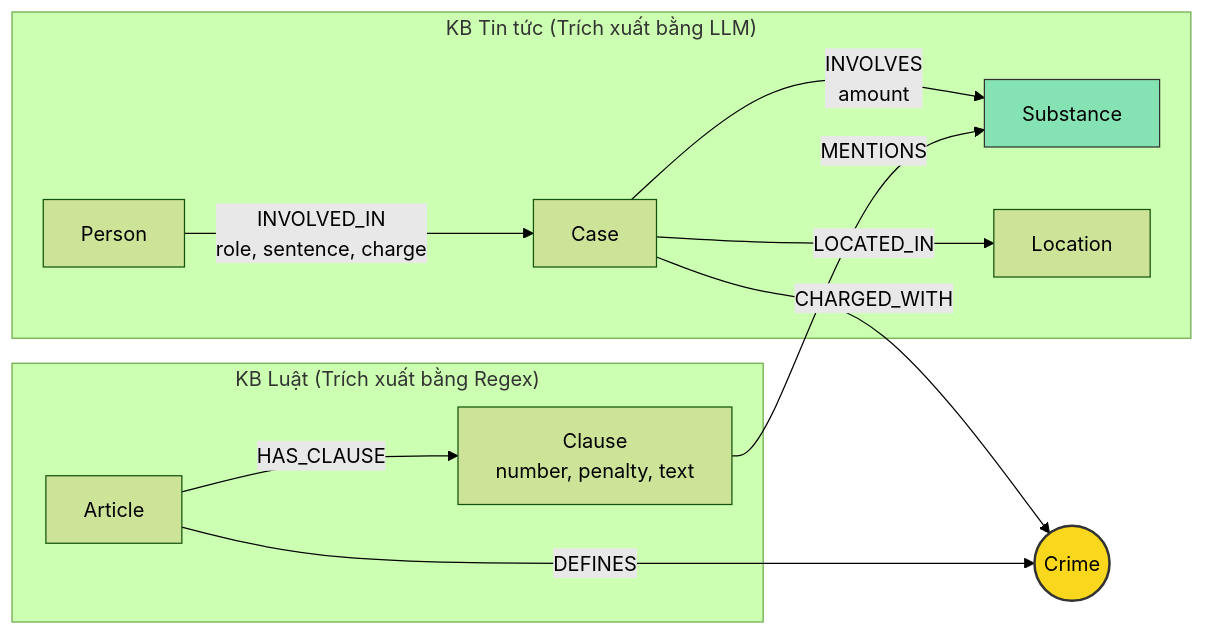
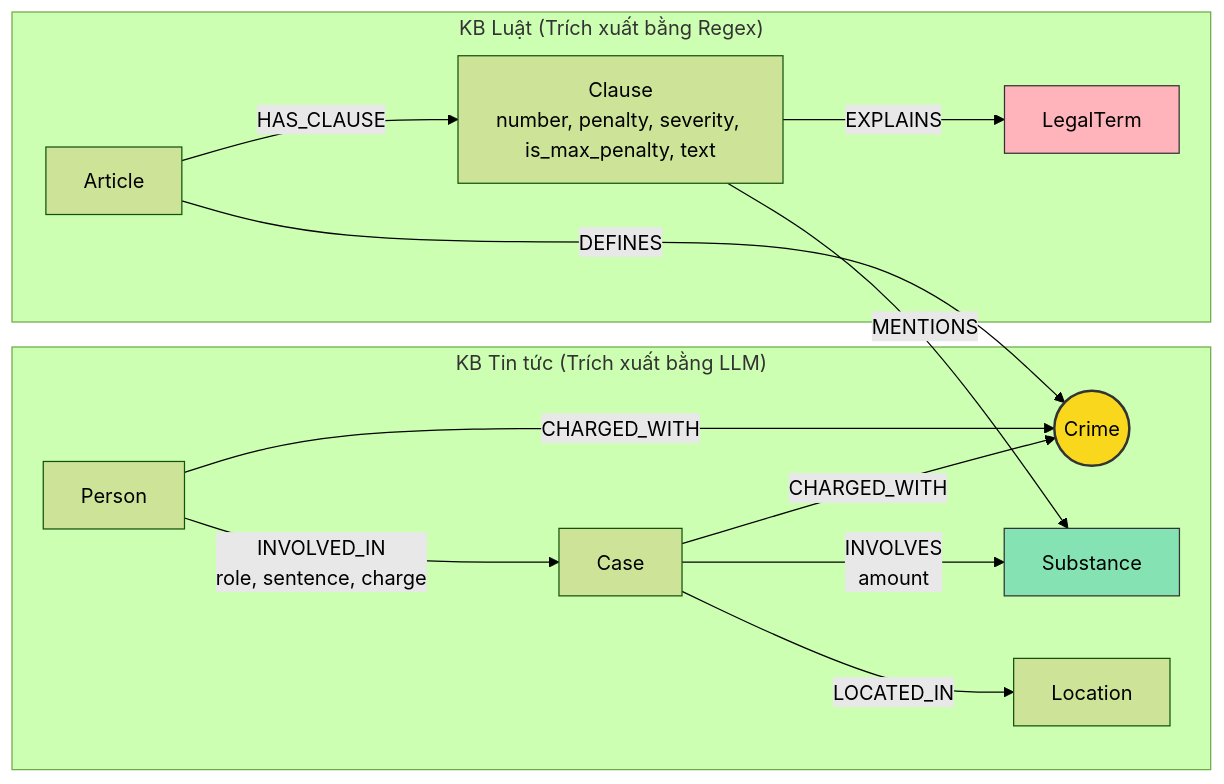
Before and after one commit to cuong-cpu21/K4-DAY19-NguyenManhCuong-2A202602650: the diagram in report/ONTOLOGY.md, drawn with Mermaid (forest theme). The commit also changed other lines of this file and 5 other files, not shown here.

````diff
--- a/report/ONTOLOGY.md
+++ b/report/ONTOLOGY.md
@@ -15,20 +15,23 @@
 ```mermaid
 flowchart LR
     subgraph News["KB Tin tức (Trích xuất bằng LLM)"]
         P[Person] -- "INVOLVED_IN<br/>role, sentence, charge" --> K[Case]
+        P -- CHARGED_WITH --> C((Crime))
         K -- "INVOLVES<br/>amount" --> S[Substance]
         K -- LOCATED_IN --> L[Location]
     end
 
-    K -- CHARGED_WITH --> C((Crime))
+    K -- CHARGED_WITH --> C
 
     subgraph Law["KB Luật (Trích xuất bằng Regex)"]
-        A[Article] -- HAS_CLAUSE --> CL["Clause<br/>number, penalty, text"]
+        A[Article] -- HAS_CLAUSE --> CL["Clause<br/>number, penalty, severity, is_max_penalty, text"]
         CL -- MENTIONS --> S
+        CL -- EXPLAINS --> T[LegalTerm]
     end
 
     A -- DEFINES --> C
 
     style C fill:#f9d71c,stroke:#333,stroke-width:2px,color:#000
     style S fill:#85e3b3,stroke:#333,stroke-width:1px,color:#000
+    style T fill:#ffb3ba,stroke:#333,stroke-width:1px,color:#000
 ```
````
